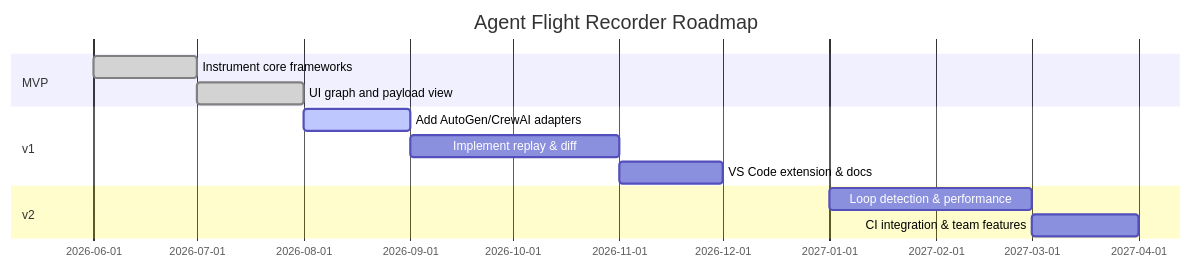
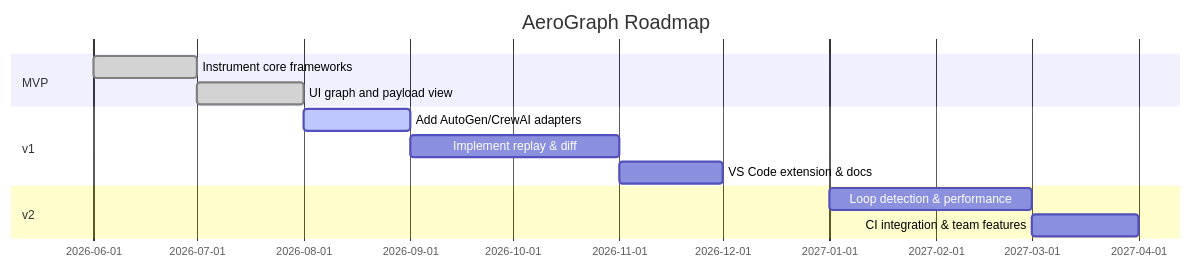
One commit to lalmayank/AeroGraph changed the third of 4 diagrams in specs/000-platform-vision/spec.md. Above: the diagram before and after it, drawn with Mermaid. The commit also changed other lines of this file and 28 other files, not shown here.

````diff
--- a/specs/000-platform-vision/spec.md
+++ b/specs/000-platform-vision/spec.md
@@ -364,15 +364,15 @@
 ```mermaid
 gantt
-    title Agent Flight Recorder Roadmap
+    title AeroGraph Roadmap
     dateFormat  YYYY-MM
     section MVP
     Instrument core frameworks      :done,    des1, 2026-06, 1M
     UI graph and payload view      :done,    des2, after des1, 1M
     section v1
     Add AutoGen/CrewAI adapters    :active,  des3, 2026-08, 1.5M
     Implement replay & diff        :         des4, after des3, 2M
     VS Code extension & docs       :         des5, after des4, 1M
     section v2
     Loop detection & performance   :         des6, 2027-01, 2M
     CI integration & team features :         des7, after des6, 1.5M
 ```
````
